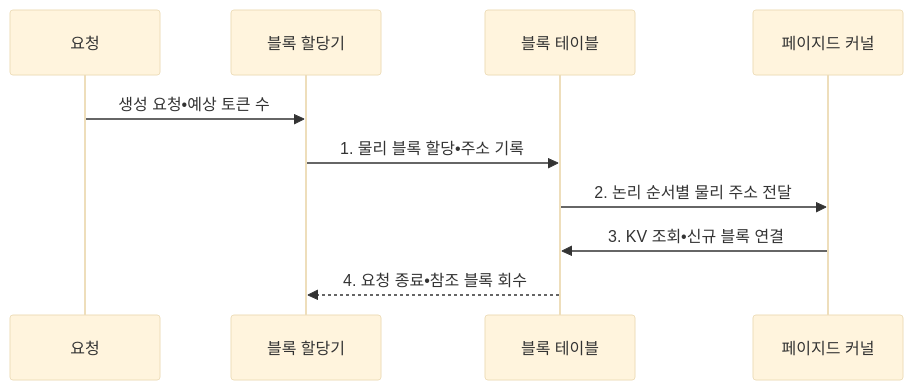
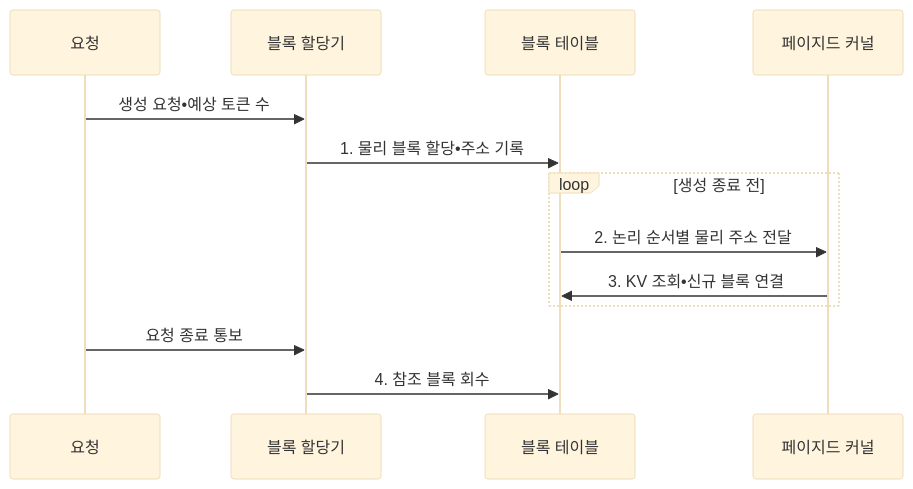
The second of 2 diagrams in src/content/docs/notes/08-latest-tech/045_pagedattention.md (agnusdei1207/knowledge-base), drawn with Mermaid (base theme) before and after one commit. The commit also changed other lines of this file and 15 other files, not shown here.

````diff
--- a/src/content/docs/notes/08-latest-tech/045_pagedattention.md
+++ b/src/content/docs/notes/08-latest-tech/045_pagedattention.md
@@ -102,12 +102,15 @@
 ```mermaid
 sequenceDiagram
     participant R as 요청
     participant A as 블록 할당기
     participant T as 블록 테이블
     participant K as 페이지드 커널
     R->>A: 생성 요청•예상 토큰 수
     A->>T: 1. 물리 블록 할당•주소 기록
-    T->>K: 2. 논리 순서별 물리 주소 전달
-    K->>T: 3. KV 조회•신규 블록 연결
-    T-->>A: 4. 요청 종료•참조 블록 회수
+    loop 생성 종료 전
+        T->>K: 2. 논리 순서별 물리 주소 전달
+        K->>T: 3. KV 조회•신규 블록 연결
+    end
+    R->>A: 요청 종료 통보
+    A->>T: 4. 참조 블록 회수
 ```
````
